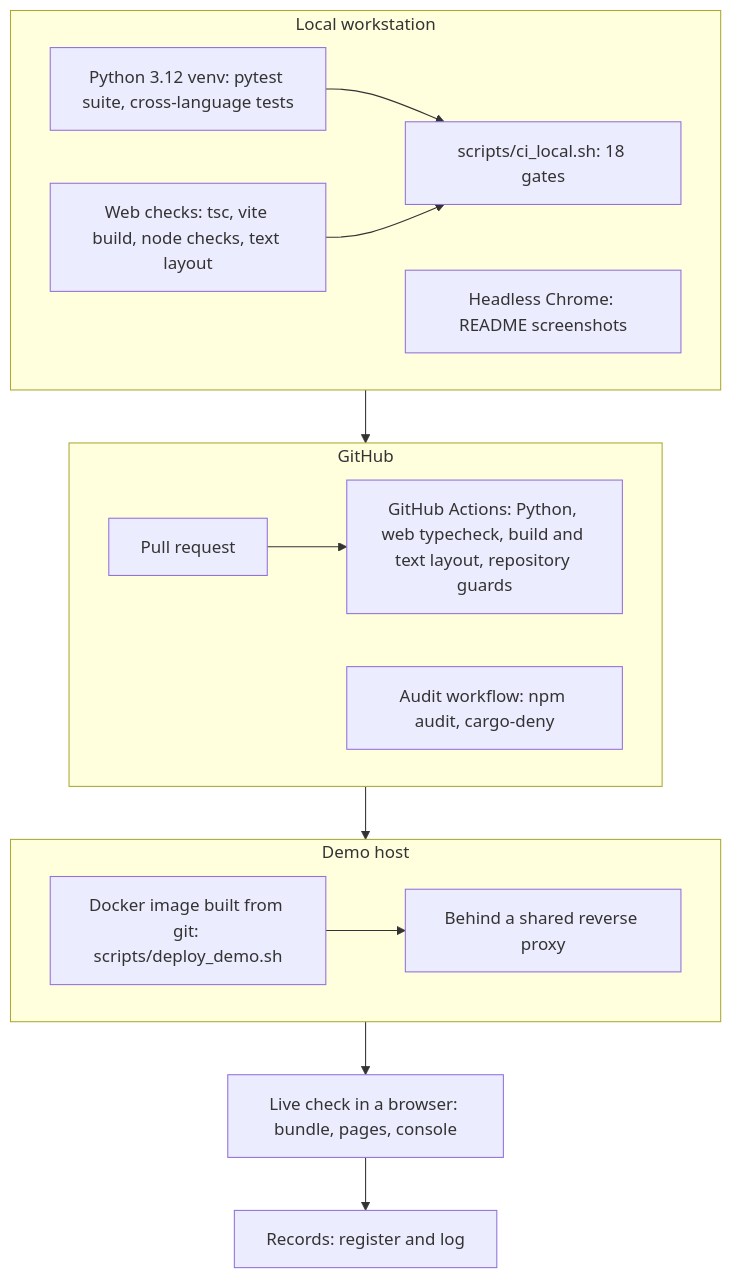
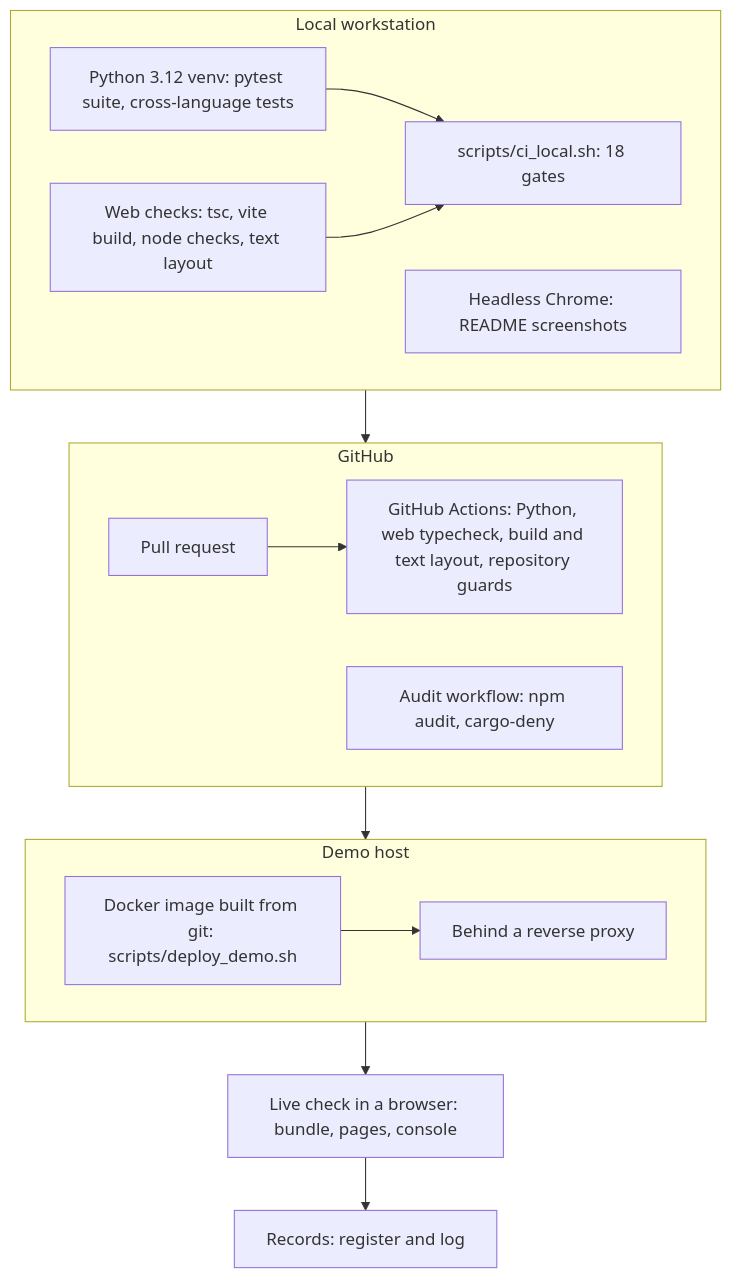
Diagram 11 of 11 in README.md (Quantum-Daemons/QSMPC-QKD-QHE-AI-Hybrid), drawn with Mermaid before and after one commit. The commit also changed other lines of this file and 50 other files, not shown here.

````diff
--- a/README.md
+++ b/README.md
@@ -402,20 +402,20 @@
 ```mermaid
 flowchart TB
   subgraph LOC["Local workstation"]
     direction LR
     PY["Python 3.12 venv: pytest suite, cross-language tests"] --> CL["scripts/ci_local.sh: 18 gates"]
     WEB["Web checks: tsc, vite build, node checks, text layout"] --> CL
     SHOT["Headless Chrome: README screenshots"]
   end
   subgraph GH["GitHub"]
     direction LR
     PR["Pull request"] --> ACT["GitHub Actions: Python, web typecheck, build and text layout, repository guards"]
     AUD["Audit workflow: npm audit, cargo-deny"]
   end
   subgraph DEMO["Demo host"]
     direction LR
-    DOCK["Docker image built from git: scripts/deploy_demo.sh"] --> PROXY["Behind a shared reverse proxy"]
+    DOCK["Docker image built from git: scripts/deploy_demo.sh"] --> PROXY["Behind a reverse proxy"]
   end
   LIVE["Live check in a browser: bundle, pages, console"] --> REC["Records: register and log"]
   LOC --> GH --> DEMO --> LIVE
 ```
````
